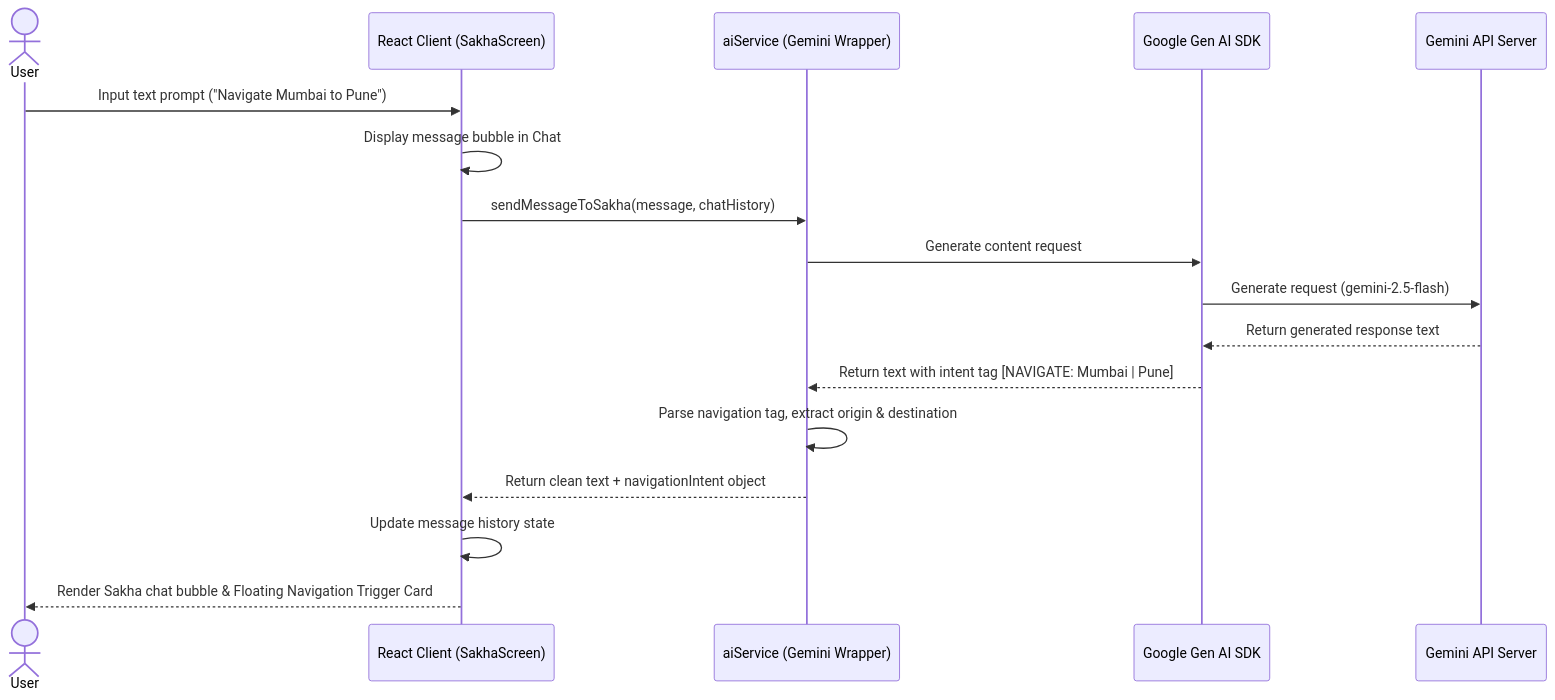
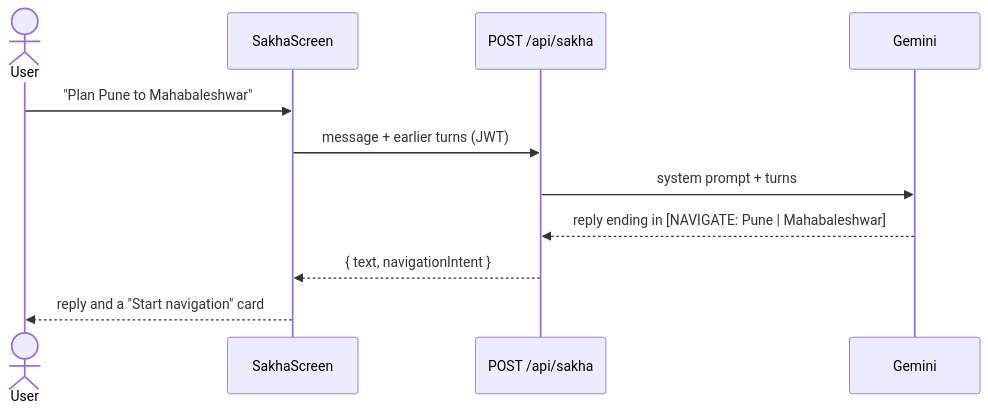
The second of 2 diagrams in docs/SYSTEM_ARCHITECTURE.md (pushpam2404/Trip-Sync), drawn with Mermaid before and after one commit. The commit also changed other lines of this file and 10 other files, not shown here.

````diff
--- a/docs/SYSTEM_ARCHITECTURE.md
+++ b/docs/SYSTEM_ARCHITECTURE.md
@@ -151,20 +136,13 @@
 ```mermaid
 sequenceDiagram
     actor User
-    participant FE as React Client (SakhaScreen)
-    participant AISvc as aiService (Gemini Wrapper)
-    participant SDK as Google Gen AI SDK
-    participant API as Gemini API Server
-
-    User->>FE: Input text prompt ("Navigate Mumbai to Pune")
-    FE->>FE: Display message bubble in Chat
-    FE->>AISvc: sendMessageToSakha(message, chatHistory)
-    AISvc->>SDK: Generate content request
-    SDK->>API: Generate request (gemini-2.5-flash)
-    API-->>SDK: Return generated response text
-    SDK-->>AISvc: Return text with intent tag [NAVIGATE: Mumbai | Pune]
-    AISvc->>AISvc: Parse navigation tag, extract origin & destination
-    AISvc-->>FE: Return clean text + navigationIntent object
-    FE->>FE: Update message history state
-    FE-->>User: Render Sakha chat bubble & Floating Navigation Trigger Card
+    participant App as SakhaScreen
+    participant API as POST /api/sakha
+    participant Gemini
+    User->>App: "Plan Pune to Mahabaleshwar"
+    App->>API: message + earlier turns (JWT)
+    API->>Gemini: system prompt + turns
+    Gemini-->>API: reply ending in [NAVIGATE: Pune | Mahabaleshwar]
+    API-->>App: { text, navigationIntent }
+    App-->>User: reply and a "Start navigation" card
 ```
````
